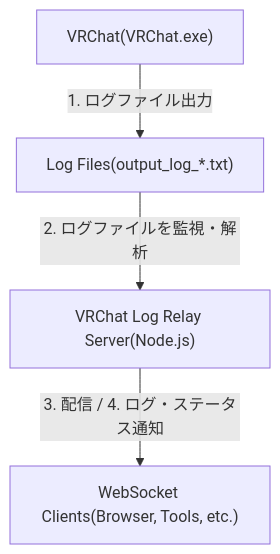
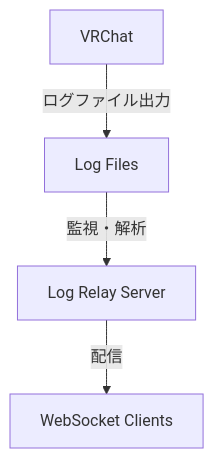
Before and after one commit to kurotori4423/vrc-log-relay-server: the diagram in README.md, drawn with Mermaid.

Commit message:
fix: システム構成図の表現を改善し、ノードのラベルと矢印の関係を明確化

````diff
--- a/README.md
+++ b/README.md
@@ -31,11 +31,6 @@
 ```mermaid
 graph TD
-    VRChat["VRChat(VRChat.exe)"]
-    LogFiles["Log Files(output_log_*.txt)"]
-    RelayServer["VRChat Log Relay Server(Node.js)"]
-    Clients["WebSocket Clients(Browser, Tools, etc.)"]
-
-    VRChat-->|1. ログファイル出力|LogFiles
-    LogFiles-->|2. ログファイルを監視・解析|RelayServer
-    RelayServer-->|3. 配信 / 4. ログ・ステータス通知|Clients
+    VRChat[VRChat] -->|ログファイル出力| LogFiles[Log Files]
+    LogFiles -->|監視・解析| RelayServer[Log Relay Server]
+    RelayServer -->|配信| Clients[WebSocket Clients]
 ```
````
